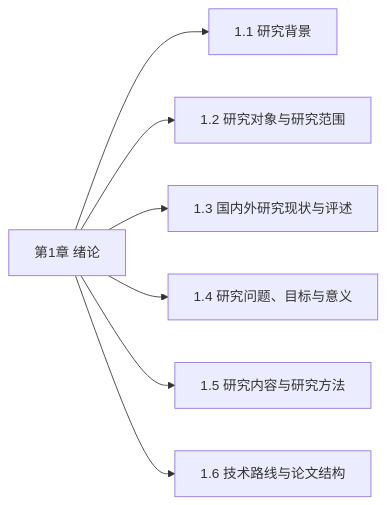
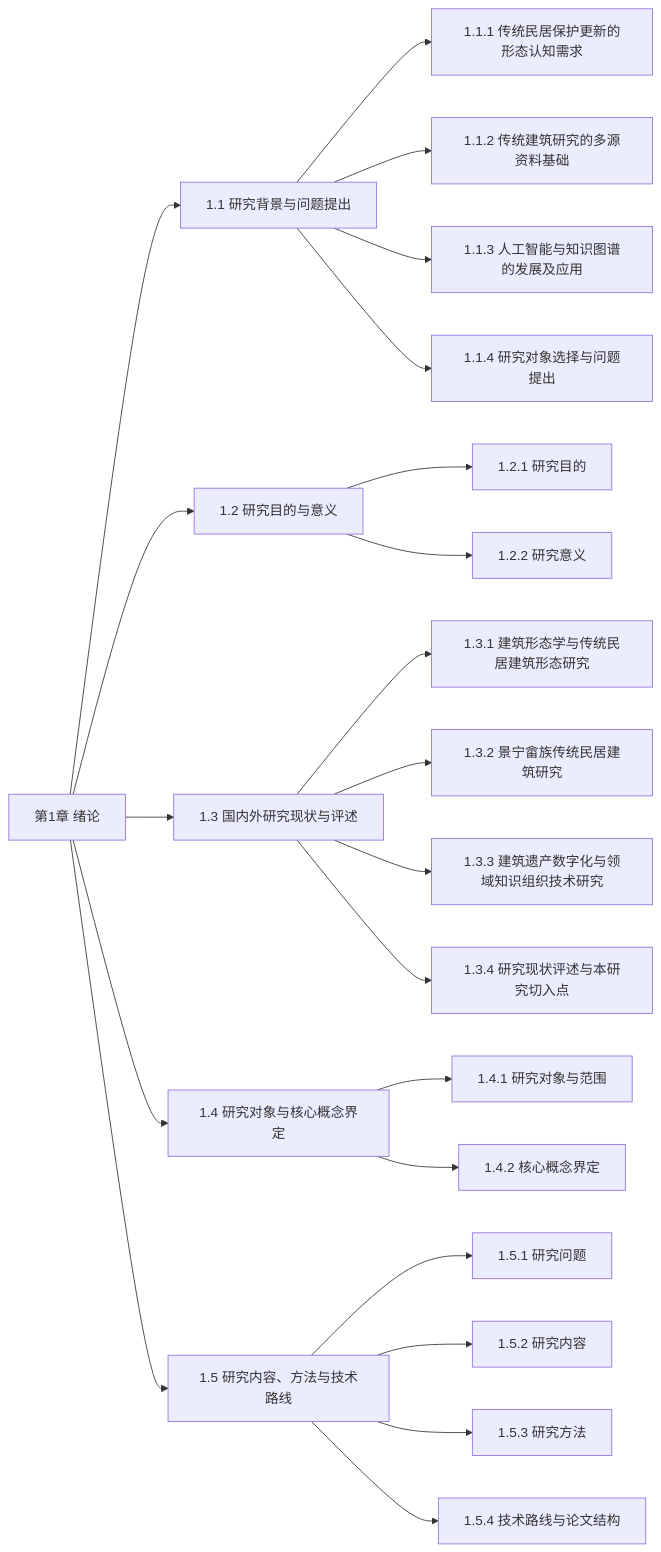
The diagram in 论文章节/章节导航/01-绪论.md (WYLINX601/Linx_paper), drawn with Mermaid before and after one commit. The commit also changed other lines of this file and 147 other files, not shown here.

````diff
--- a/论文章节/章节导航/01-绪论.md
+++ b/论文章节/章节导航/01-绪论.md
@@ -84,16 +100,46 @@
 ```mermaid
 flowchart LR
   chapter-1["第1章 绪论"]
-  section-1-1["1.1 研究背景"]
+  section-1-1["1.1 研究背景与问题提出"]
   chapter-1 --> section-1-1
-  section-1-3["1.2 研究对象与研究范围"]
-  chapter-1 --> section-1-3
+  sub-1-1-1["1.1.1 传统民居保护更新的形态认知需求"]
+  section-1-1 --> sub-1-1-1
+  sub-1-1-2["1.1.2 传统建筑研究的多源资料基础"]
+  section-1-1 --> sub-1-1-2
+  sub-1-1-3["1.1.3 人工智能与知识图谱的发展及应用"]
+  section-1-1 --> sub-1-1-3
+  sub-1-1-4["1.1.4 研究对象选择与问题提出"]
+  section-1-1 --> sub-1-1-4
+  section-1-2["1.2 研究目的与意义"]
+  chapter-1 --> section-1-2
+  sub-1-2-1["1.2.1 研究目的"]
+  section-1-2 --> sub-1-2-1
+  sub-1-2-2["1.2.2 研究意义"]
+  section-1-2 --> sub-1-2-2
   section-1-4["1.3 国内外研究现状与评述"]
   chapter-1 --> section-1-4
-  section-1-2["1.4 研究问题、目标与意义"]
-  chapter-1 --> section-1-2
-  section-1-5["1.5 研究内容与研究方法"]
+  sub-1-3-1["1.3.1 建筑形态学与传统民居建筑形态研究"]
+  section-1-4 --> sub-1-3-1
+  sub-1-3-2["1.3.2 景宁畲族传统民居建筑研究"]
+  section-1-4 --> sub-1-3-2
+  sub-1-3-3["1.3.3 建筑遗产数字化与领域知识组织技术研究"]
+  section-1-4 --> sub-1-3-3
+  sub-1-3-4["1.3.4 研究现状评述与本研究切入点"]
+  section-1-4 --> sub-1-3-4
+  section-1-3["1.4 研究对象与核心概念界定"]
+  chapter-1 --> section-1-3
+  sub-1-4-1["1.4.1 研究对象与范围"]
+  section-1-3 --> sub-1-4-1
+  sub-1-4-2["1.4.2 核心概念界定"]
+  section-1-3 --> sub-1-4-2
+  section-1-5["1.5 研究内容、方法与技术路线"]
   chapter-1 --> section-1-5
-  section-1-6["1.6 技术路线与论文结构"]
-  chapter-1 --> section-1-6
+  sub-1-5-1["1.5.1 研究问题"]
+  section-1-5 --> sub-1-5-1
+  sub-1-5-2["1.5.2 研究内容"]
+  section-1-5 --> sub-1-5-2
+  sub-1-5-3["1.5.3 研究方法"]
+  section-1-5 --> sub-1-5-3
+  sub-1-5-4["1.5.4 技术路线与论文结构"]
+  section-1-5 --> sub-1-5-4
 ```
````
